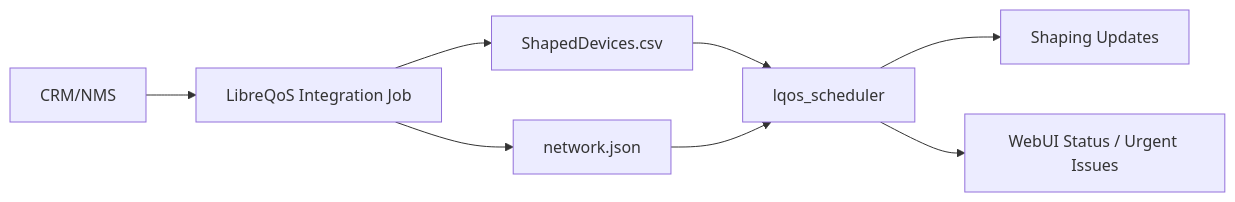
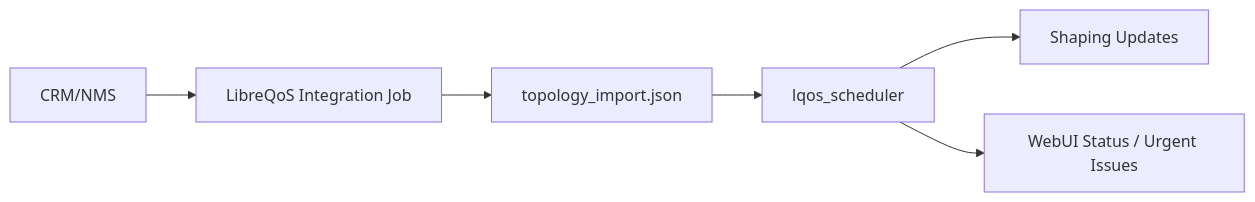
The diagram in docs/v2.0/integrations.md (LibreQoE/LibreQoS), drawn with Mermaid before and after one commit. The commit also changed other lines of this file and 129 other files, not shown here.

````diff
--- a/docs/v2.0/integrations.md
+++ b/docs/v2.0/integrations.md
@@ -12,10 +12,8 @@
 ```{mermaid}
 flowchart LR
     A[CRM/NMS] --> B[LibreQoS Integration Job]
-    B --> C[ShapedDevices.csv]
-    B --> D[network.json]
-    C --> E[lqos_scheduler]
-    D --> E
+    B --> H[topology_import.json]
+    H --> E[lqos_scheduler]
     E --> F[Shaping Updates]
     E --> G[WebUI Status / Urgent Issues]
 ```
````
